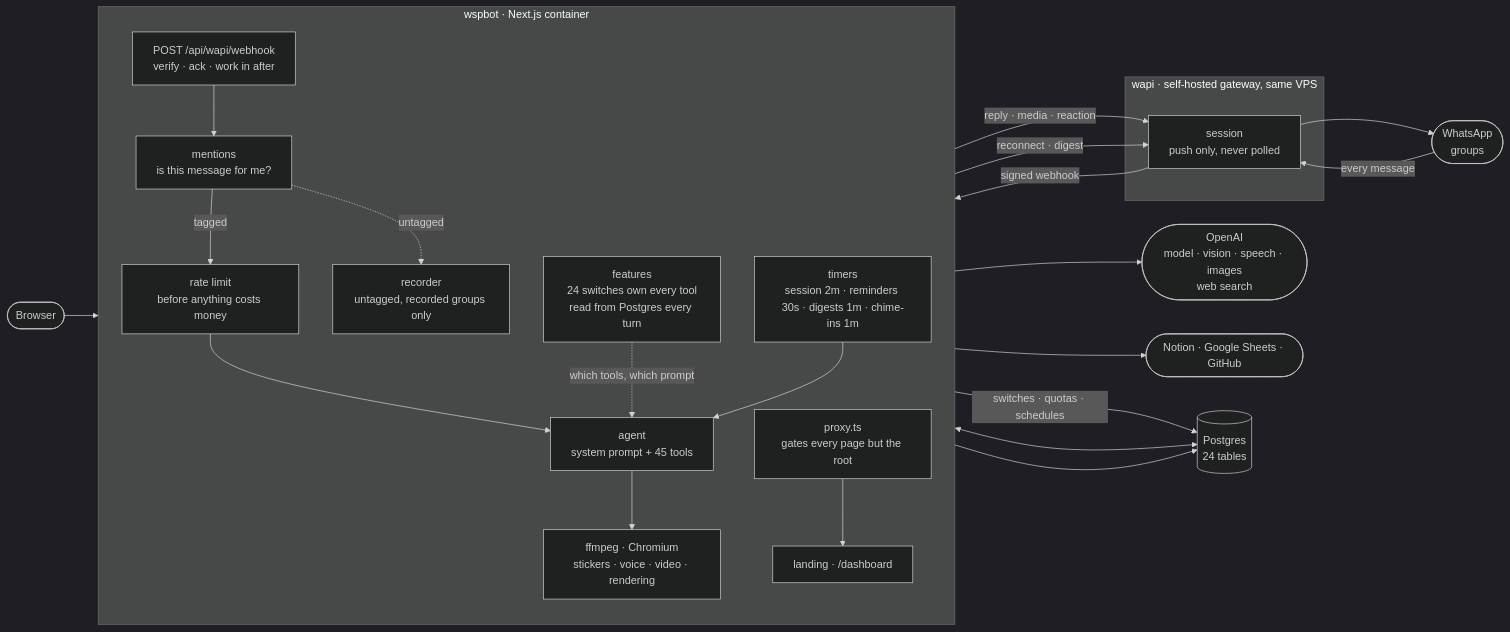
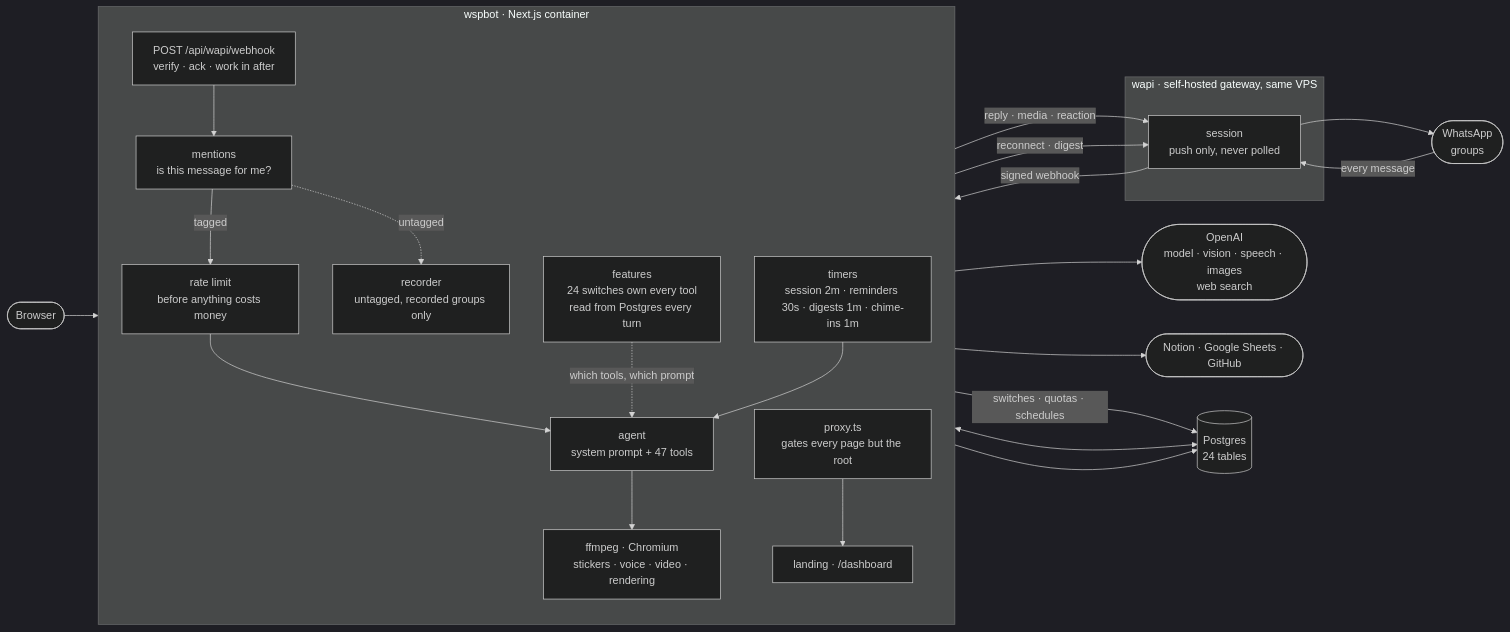
One commit to Jibaru/wspbot changed the first of 2 diagrams in README.md. Above: the diagram before and after it, drawn with Mermaid (dark theme). The commit also changed other lines of this file and 10 other files, not shown here.

````diff
--- a/README.md
+++ b/README.md
@@ -67,47 +67,47 @@
 ```mermaid
 flowchart LR
     WA(["WhatsApp<br/>groups"])
     BROWSER(["Browser"])
     OPENAI(["OpenAI<br/>model · vision · speech · images<br/>web search"])
     EXT(["Notion · Google Sheets · GitHub"])
 
     subgraph gw["wapi · self-hosted gateway, same VPS"]
         SESSION["session<br/>push only, never polled"]
     end
 
     subgraph app["wspbot · Next.js container"]
         direction TB
         HOOK["POST /api/wapi/webhook<br/>verify · ack · work in after"]
         GATE["mentions<br/>is this message for me?"]
         LIMIT["rate limit<br/>before anything costs money"]
         REC["recorder<br/>untagged, recorded groups only"]
-        AGENT["agent<br/>system prompt + 45 tools"]
+        AGENT["agent<br/>system prompt + 47 tools"]
         TIMERS["timers<br/>session 2m · reminders 30s · digests 1m · chime-ins 1m"]
         FEAT["features<br/>24 switches own every tool<br/>read from Postgres every turn"]
         FF["ffmpeg · Chromium<br/>stickers · voice · video · rendering"]
         PROXY["proxy.ts<br/>gates every page but the root"]
         PAGES["landing · /dashboard"]
     end
 
     PG[("Postgres<br/>24 tables")]
 
     WA -->|"every message"| SESSION
     SESSION -->|"signed webhook"| HOOK
     HOOK --> GATE
     GATE -->|"tagged"| LIMIT
     GATE -.->|"untagged"| REC
     LIMIT --> AGENT
     FEAT -.->|"which tools, which prompt"| AGENT
     AGENT --> OPENAI
     AGENT --> FF
     AGENT --> EXT
     AGENT -->|"reply · media · reaction"| SESSION
     SESSION --> WA
 
     BROWSER --> PROXY --> PAGES
     PAGES -->|"switches · quotas · schedules"| PG
     AGENT <--> PG
     REC --> PG
     TIMERS --> AGENT
     TIMERS -->|"reconnect · digest"| SESSION
 ```
````
